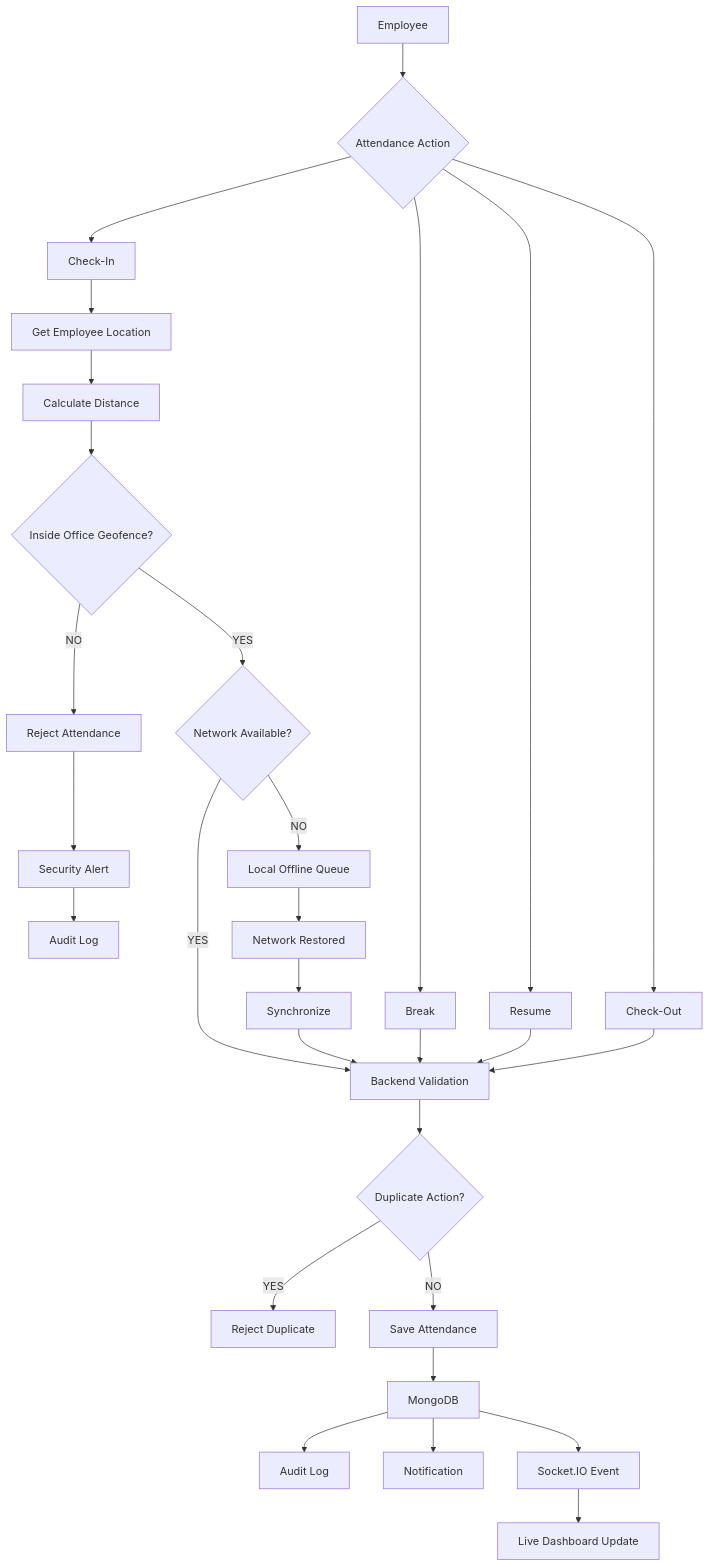
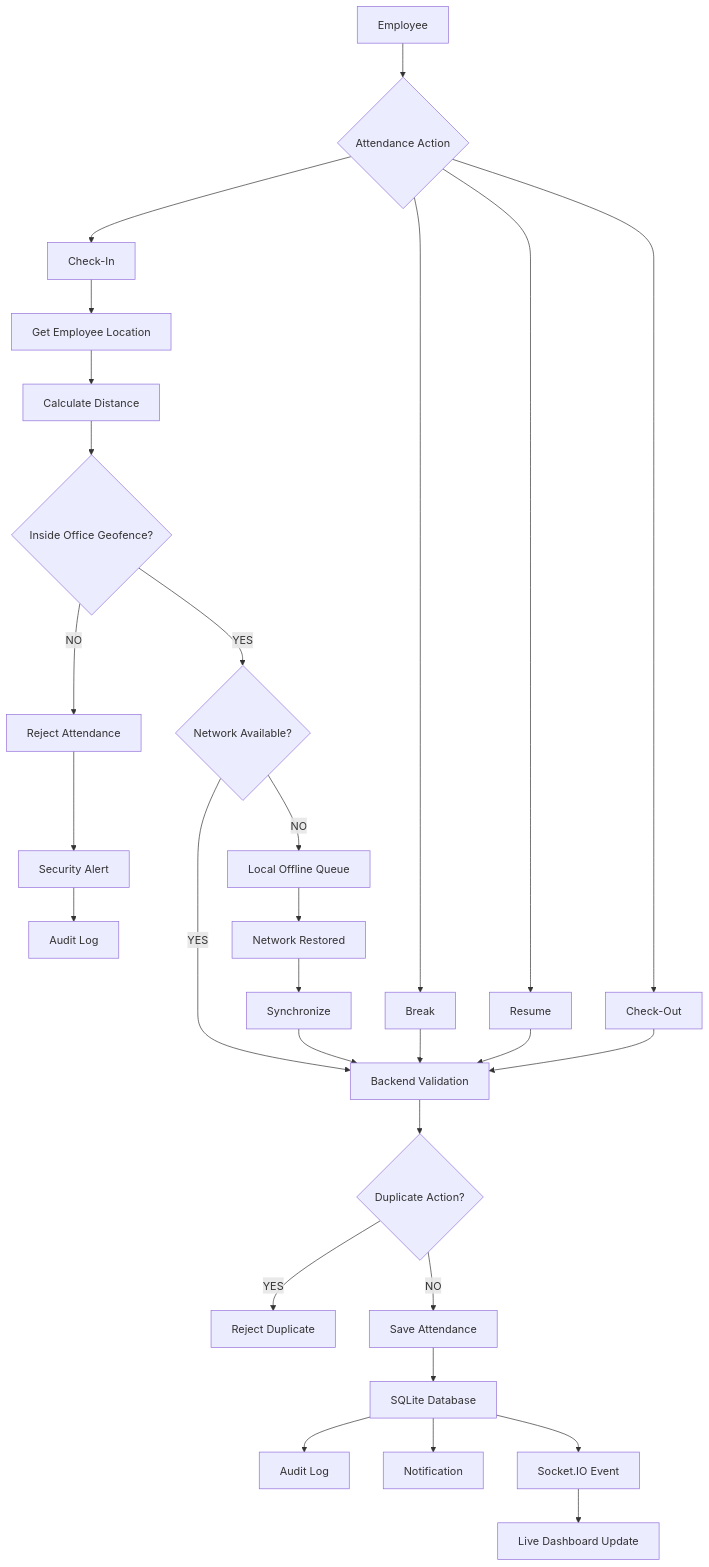
One commit to maheswari-pinneti/WFA-SQLITE-Frontend-project changed the diagram in docs/flowcharts/04-attendance-flow.md. Above: the diagram before and after it, drawn with Mermaid. The commit also changed 3 other files, not shown here.

Commit message:
docs: Update database labels to SQLite in flowcharts

````diff
--- a/docs/flowcharts/04-attendance-flow.md
+++ b/docs/flowcharts/04-attendance-flow.md
@@ -5,41 +5,41 @@
 ```mermaid
 flowchart TD
     EMP["Employee"] --> ACTION{"Attendance Action"}
     
     ACTION --> CHECKIN["Check-In"]
     ACTION --> BREAK["Break"]
     ACTION --> RESUME["Resume"]
     ACTION --> CHECKOUT["Check-Out"]
     
     CHECKIN --> LOCATION["Get Employee Location"]
     LOCATION --> DISTANCE["Calculate Distance"]
     DISTANCE --> GEOFENCE{"Inside Office Geofence?"}
     
     GEOFENCE -->|NO| REJECT["Reject Attendance"]
     REJECT --> ALERT["Security Alert"]
     ALERT --> AUDIT1["Audit Log"]
     
     GEOFENCE -->|YES| NETWORK{"Network Available?"}
     
     NETWORK -->|NO| QUEUE["Local Offline Queue"]
     QUEUE --> NETWORK_RESTORE["Network Restored"]
     NETWORK_RESTORE --> SYNC["Synchronize"]
     
     NETWORK -->|YES| VALIDATE["Backend Validation"]
     SYNC --> VALIDATE
     
     VALIDATE --> IDEMPOTENCY{"Duplicate Action?"}
     
     IDEMPOTENCY -->|YES| DUPLICATE["Reject Duplicate"]
     IDEMPOTENCY -->|NO| SAVE["Save Attendance"]
     
-    SAVE --> DB["MongoDB"]
+    SAVE --> DB["SQLite Database"]
     DB --> AUDIT2["Audit Log"]
     DB --> NOTIFICATION["Notification"]
     DB --> SOCKET["Socket.IO Event"]
     SOCKET --> DASHBOARD["Live Dashboard Update"]
     
     BREAK --> VALIDATE
     RESUME --> VALIDATE
     CHECKOUT --> VALIDATE
 ```
````
